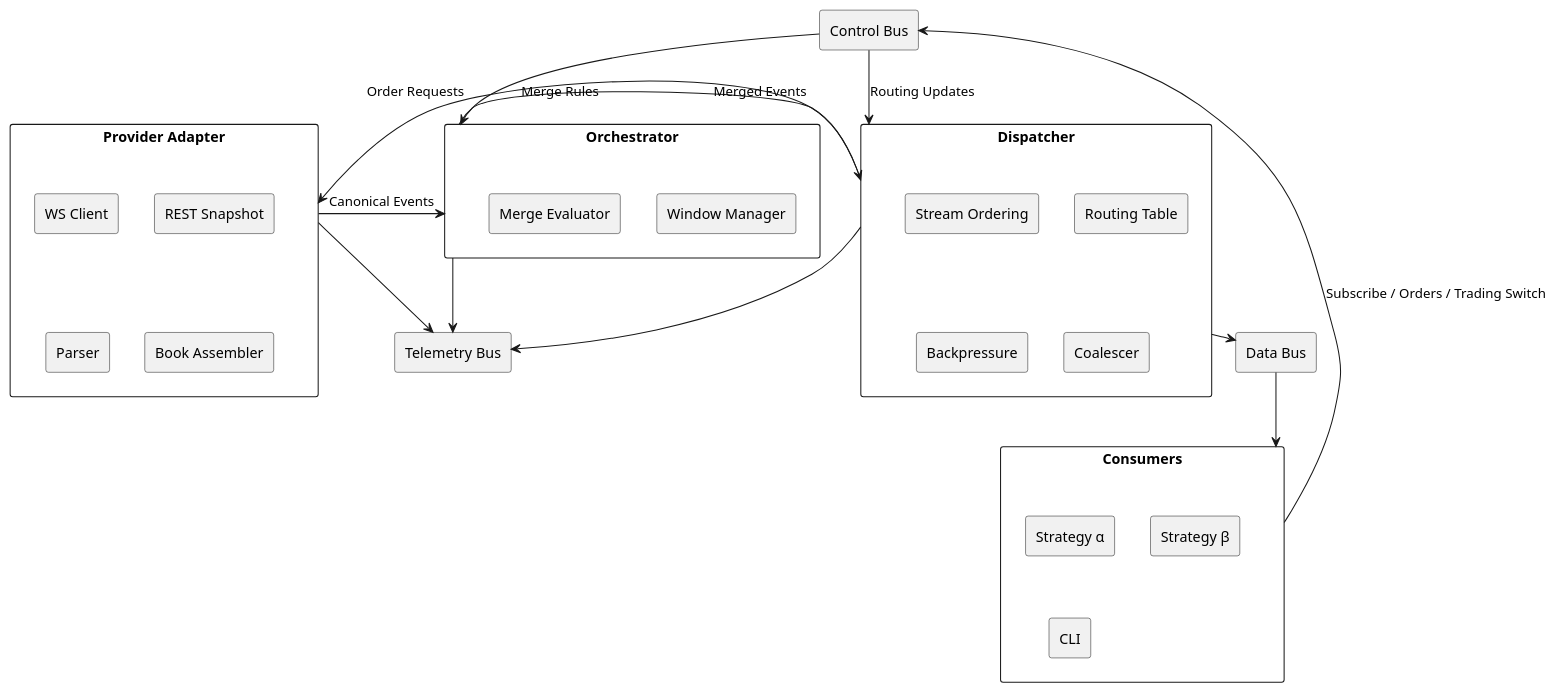
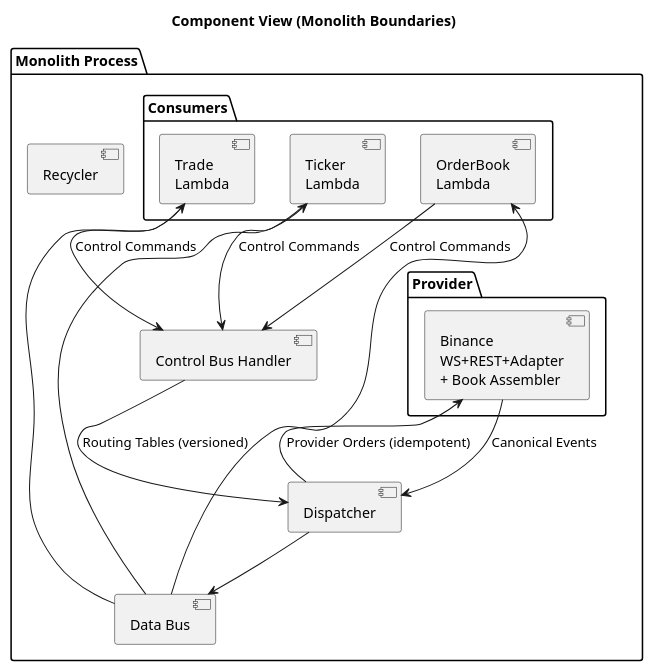
Before and after one commit to coachpo/meltica-gateway: the diagram in docs/diagrams/component-view.puml, drawn with PlantUML. The commit also changed 217 other files, not shown here.

```diff
--- a/docs/diagrams/component-view.puml
+++ b/docs/diagrams/component-view.puml
@@ -1,46 +1,34 @@
-@startuml component-view
-skinparam componentStyle rectangle
-skinparam monochrome true
+@startuml
+title Component View (Monolith Boundaries)
 
-component "Provider Adapter" as Provider {
-  [WS Client]
-  [REST Snapshot]
-  [Parser]
-  [Book Assembler]
+package "Monolith Process" {
+  [Control Bus Handler] as Ctrl
+  [Dispatcher] as Disp
+  [Data Bus] as DBus
+  [Recycler] as Recycler
+
+  package "Provider" {
+    component "Binance\nWS+REST+Adapter\n+ Book Assembler" as PO
+  }
+
+  package "Consumers" {
+    component "Trade\nLambda" as Trade
+    component "Ticker\nLambda" as Ticker
+    component "OrderBook\nLambda" as OrderBook
+  }
 }
 
-component "Orchestrator" as Orchestrator {
-  [Window Manager]
-  [Merge Evaluator]
-}
+PO --> Disp : Canonical Events
+Disp --> DBus
+DBus --> Trade
+DBus --> Ticker
+DBus --> OrderBook
 
-component "Dispatcher" as Dispatcher {
-  [Stream Ordering]
-  [Routing Table]
-  [Backpressure]
-  [Coalescer]
-}
+Trade --> Ctrl : Control Commands
+Ticker --> Ctrl : Control Commands
+OrderBook --> Ctrl : Control Commands
+Ctrl --> Disp : Routing Tables (versioned)
 
-component "Data Bus" as DataBus
-component "Control Bus" as ControlBus
-component "Telemetry Bus" as TelemetryBus
-
-component "Consumers" as Consumers {
-  [Strategy α]
-  [Strategy β]
-  [CLI]
-}
-
-Provider --> Orchestrator : Canonical Events
-Orchestrator --> Dispatcher : Merged Events
-Dispatcher --> DataBus
-DataBus --> Consumers
-Consumers --> ControlBus : Subscribe / Orders / Trading Switch
-ControlBus --> Orchestrator : Merge Rules
-ControlBus --> Dispatcher : Routing Updates
-Dispatcher --> Provider : Order Requests
-Provider --> TelemetryBus
-Orchestrator --> TelemetryBus
-Dispatcher --> TelemetryBus
+Disp --> PO : Provider Orders (idempotent)
 
 @enduml
```
